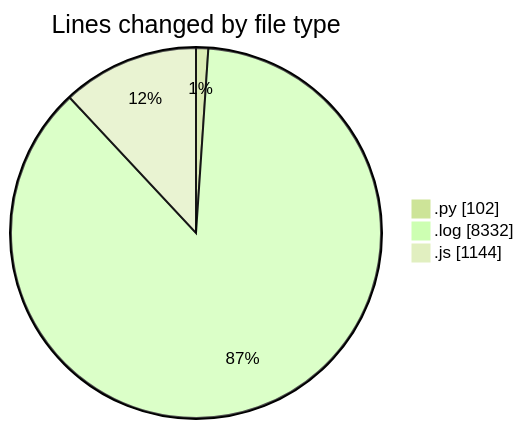
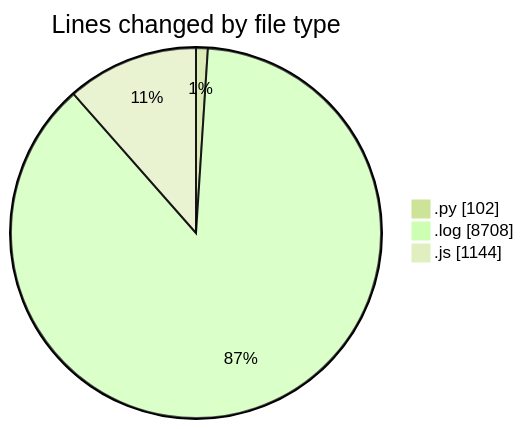
The first of 2 diagrams in 2025-04-19/nxtqube_webapp/README.md (nxtqubesakshisongat/code-tracking), drawn with Mermaid (forest theme) before and after one commit. The commit also changed other lines of this file and 1 other file, not shown here.

````diff
--- a/2025-04-19/nxtqube_webapp/README.md
+++ b/2025-04-19/nxtqube_webapp/README.md
@@ -26,7 +27,7 @@
 ```mermaid
 pie showData
 title Lines changed by file type
 ".py" : 102
-".log" : 8332
+".log" : 8708
 ".js" : 1144
 ```
````
